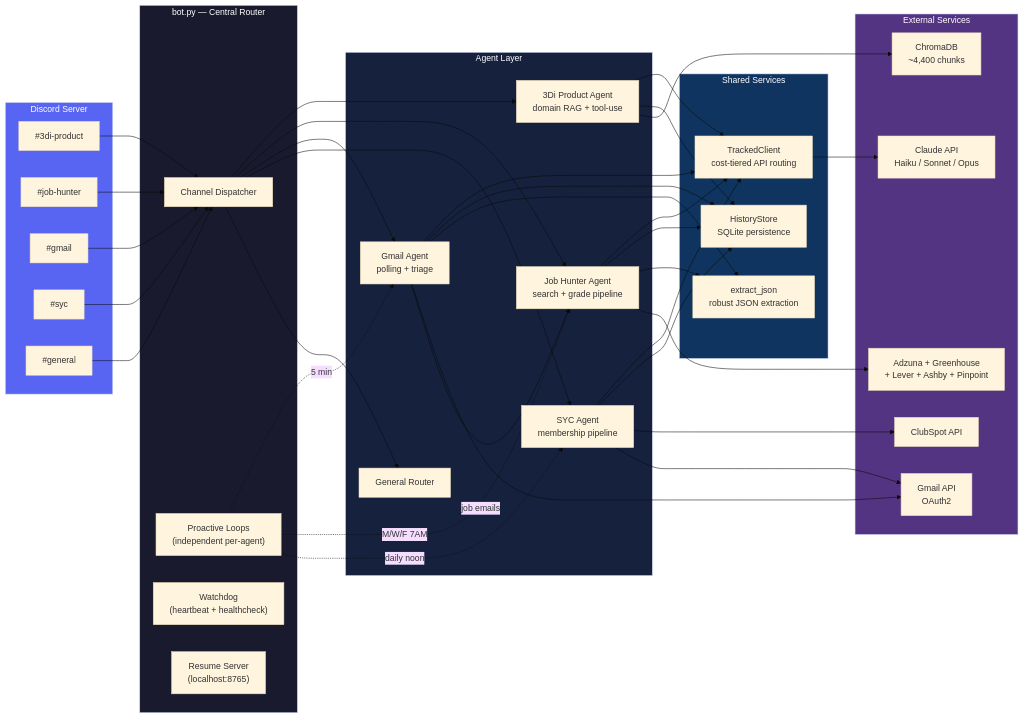
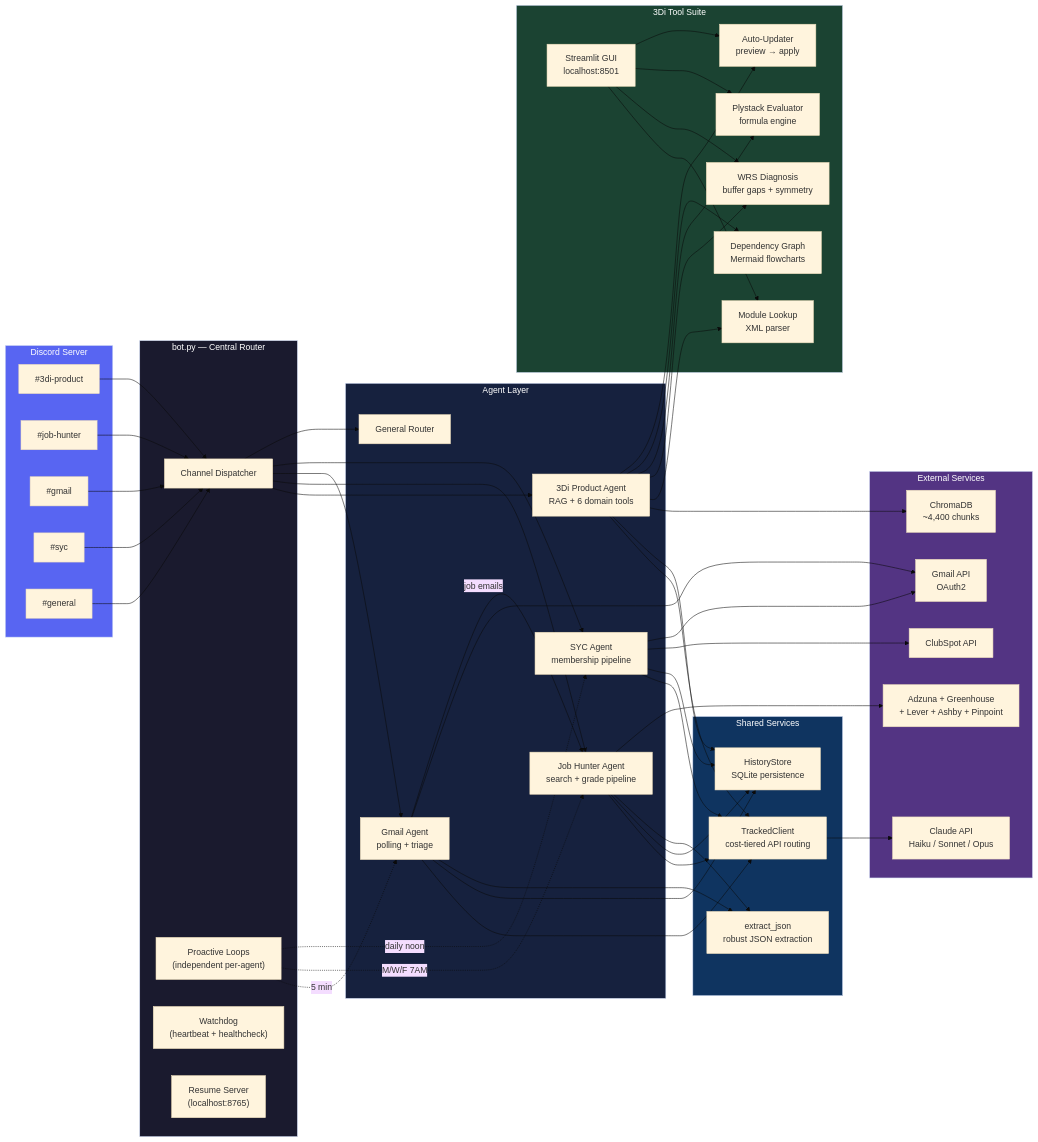
One commit to brodttaylor-ops/agenthub changed the diagram in README.md. Above: the diagram before and after it, drawn with Mermaid (base theme). The commit also changed other lines of this file, not shown here.

Commit message:
Update 3Di agent: 6 domain tools + Streamlit GUI in diagram and description
Mermaid diagram now shows the full 3Di tool suite (module lookup, WRS
diagnosis, plystack evaluator, dependency graph, auto-updater) plus the
Streamlit GUI as a separate subgraph. Agent description expanded to
reflect the tool-use capabilities beyond basic RAG.

````diff
--- a/README.md
+++ b/README.md
@@ -24,11 +24,20 @@
     end
 
     subgraph Agents["Agent Layer"]
-        A1["3Di Product Agent<br/>domain RAG + tool-use"]
+        A1["3Di Product Agent<br/>RAG + 6 domain tools"]
         A2["Job Hunter Agent<br/>search + grade pipeline"]
         A3["Gmail Agent<br/>polling + triage"]
         A4["SYC Agent<br/>membership pipeline"]
         A5["General Router"]
+    end
+
+    subgraph ThreeDiTools["3Di Tool Suite"]
+        T1["Module Lookup<br/>XML parser"]
+        T2["WRS Diagnosis<br/>buffer gaps + symmetry"]
+        T3["Plystack Evaluator<br/>formula engine"]
+        T4["Dependency Graph<br/>Mermaid flowcharts"]
+        T5["Auto-Updater<br/>preview → apply"]
+        T6["Streamlit GUI<br/>localhost:8501"]
     end
 
     subgraph Shared["Shared Services"]
@@ -76,6 +85,15 @@
 
     TC --> CL
     A1 --> CR
+    A1 --> T1
+    A1 --> T2
+    A1 --> T3
+    A1 --> T4
+    A1 --> T5
+    T6 --> T1
+    T6 --> T2
+    T6 --> T3
+    T6 --> T5
     A3 --> GM
     A4 --> CS
     A4 --> GM
@@ -87,5 +105,6 @@
     style Bot fill:#1a1a2e,color:#fff
     style Agents fill:#16213e,color:#fff
     style Shared fill:#0f3460,color:#fff
+    style ThreeDiTools fill:#1b4332,color:#fff
     style External fill:#533483,color:#fff
 ```
````
